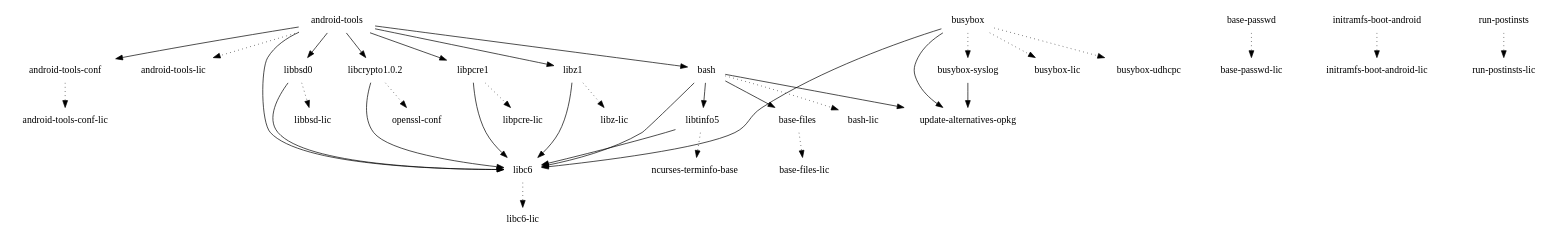
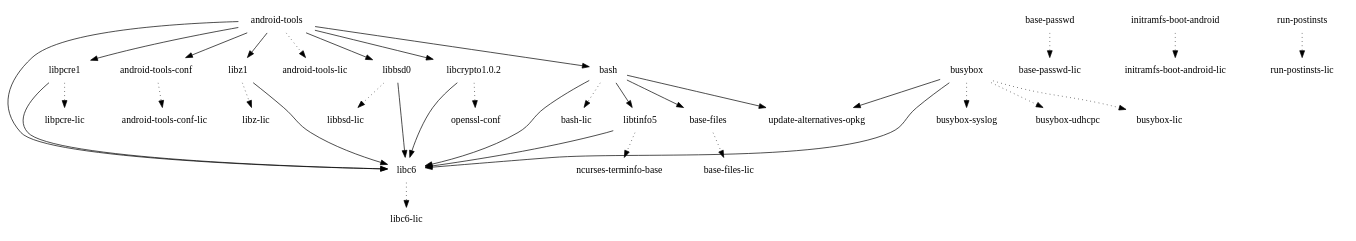
Before and after one commit to webOS-ports/buildhistory: the diagram in images/hammerhead/glibc/initramfs-android-image/depends-nokernel.dot, drawn with Graphviz. The commit also changed 1960 other files, not shown here.

```diff
--- a/images/hammerhead/glibc/initramfs-android-image/depends-nokernel.dot
+++ b/images/hammerhead/glibc/initramfs-android-image/depends-nokernel.dot
@@ -1,38 +1,37 @@
 digraph depends {
     node [shape=plaintext]
 "android-tools" -> "android-tools-conf"
 "android-tools" -> "android-tools-lic" [style=dotted]
 "android-tools" -> "bash"
 "android-tools-conf" -> "android-tools-conf-lic" [style=dotted]
 "android-tools" -> "libbsd0"
 "android-tools" -> "libc6"
 "android-tools" -> "libcrypto1.0.2"
 "android-tools" -> "libpcre1"
 "android-tools" -> "libz1"
 "base-files" -> "base-files-lic" [style=dotted]
 "base-passwd" -> "base-passwd-lic" [style=dotted]
 "bash" -> "base-files"
 "bash" -> "bash-lic" [style=dotted]
 "bash" -> "libc6"
 "bash" -> "libtinfo5"
 "bash" -> "update-alternatives-opkg"
 "busybox" -> "busybox-lic" [style=dotted]
 "busybox" -> "busybox-syslog" [style=dotted]
 "busybox" -> "busybox-udhcpc" [style=dotted]
 "busybox" -> "libc6"
-"busybox-syslog" -> "update-alternatives-opkg"
 "busybox" -> "update-alternatives-opkg"
 "initramfs-boot-android" -> "initramfs-boot-android-lic" [style=dotted]
 "libbsd0" -> "libbsd-lic" [style=dotted]
 "libbsd0" -> "libc6"
 "libc6" -> "libc6-lic" [style=dotted]
 "libcrypto1.0.2" -> "libc6"
 "libcrypto1.0.2" -> "openssl-conf" [style=dotted]
 "libpcre1" -> "libc6"
 "libpcre1" -> "libpcre-lic" [style=dotted]
 "libtinfo5" -> "libc6"
 "libtinfo5" -> "ncurses-terminfo-base" [style=dotted]
 "libz1" -> "libc6"
 "libz1" -> "libz-lic" [style=dotted]
 "run-postinsts" -> "run-postinsts-lic" [style=dotted]
 }
```
